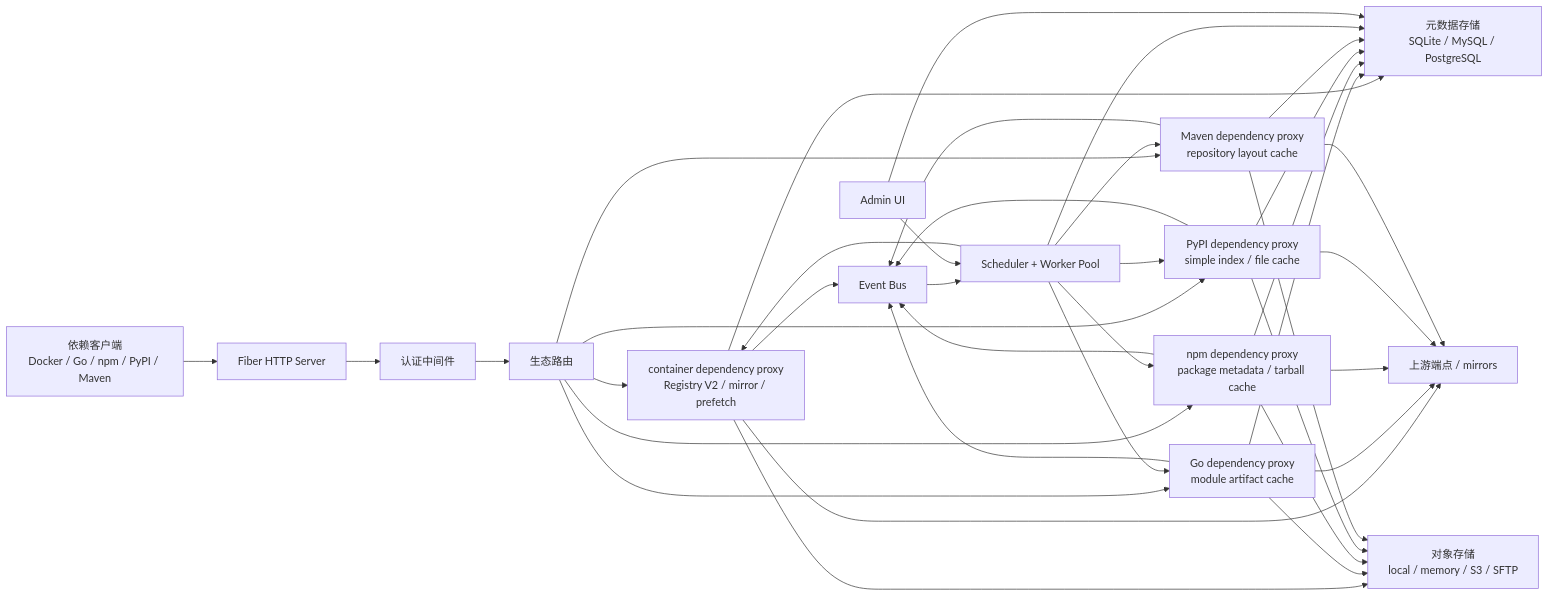
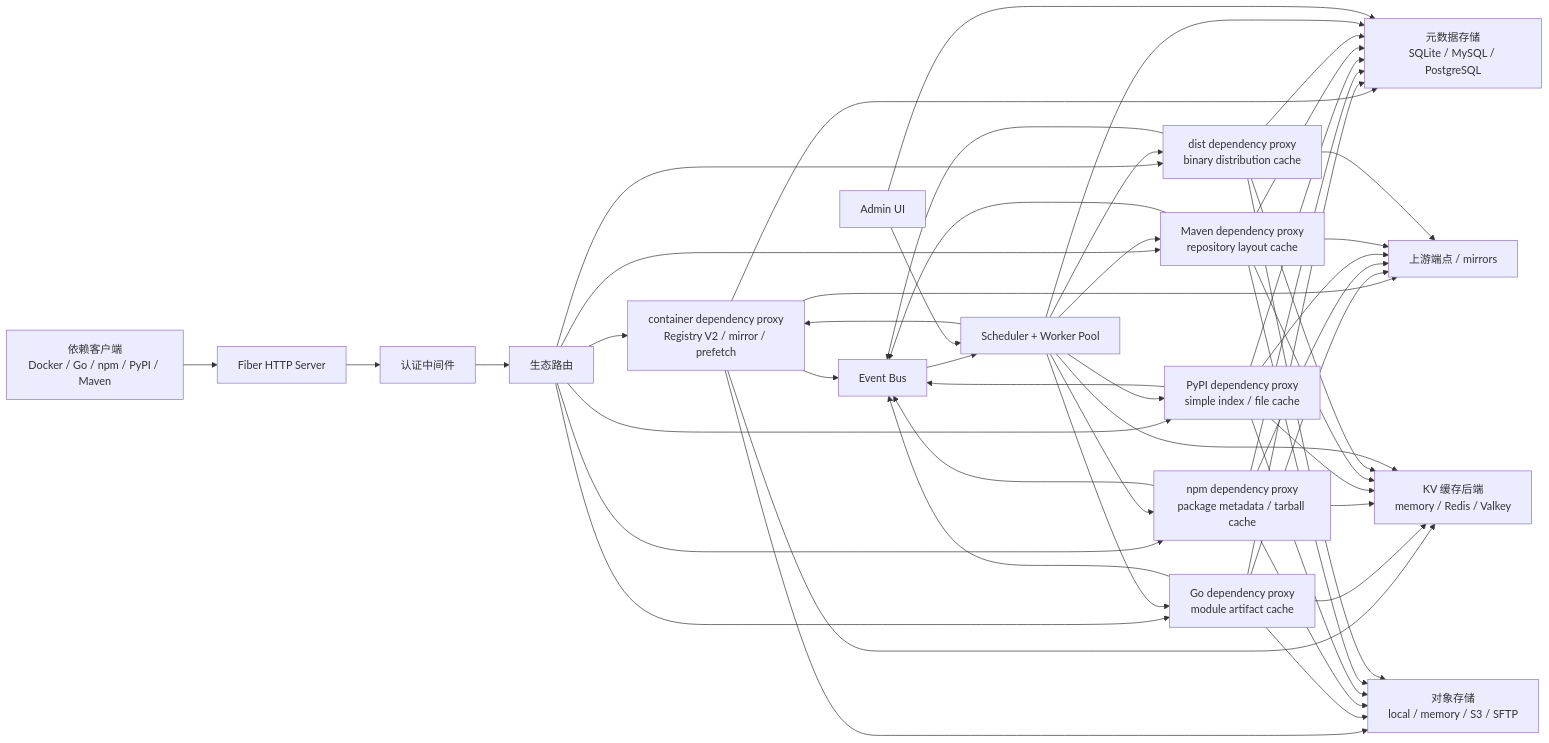
Before and after one commit to lyonbrown4d/regimux: the first of 4 diagrams in docs/zh/design.md, drawn with Mermaid. The commit also changed other lines of this file and 16 other files, not shown here.

````diff
--- a/docs/zh/design.md
+++ b/docs/zh/design.md
@@ -15,44 +15,58 @@
 ```mermaid
 flowchart LR
   client["依赖客户端<br/>Docker / Go / npm / PyPI / Maven"] --> api["Fiber HTTP Server"]
   api --> auth["认证中间件"]
   auth --> routes["生态路由"]
   routes --> container["container dependency proxy<br/>Registry V2 / mirror / prefetch"]
   routes --> golang["Go dependency proxy<br/>module artifact cache"]
   routes --> npm["npm dependency proxy<br/>package metadata / tarball cache"]
   routes --> pypi["PyPI dependency proxy<br/>simple index / file cache"]
   routes --> maven["Maven dependency proxy<br/>repository layout cache"]
+  routes --> dist["dist dependency proxy<br/>binary distribution cache"]
 
   container --> upstreams["上游端点 / mirrors"]
   golang --> upstreams
   npm --> upstreams
   pypi --> upstreams
   maven --> upstreams
+  dist --> upstreams
 
   container --> meta["元数据存储<br/>SQLite / MySQL / PostgreSQL"]
   golang --> meta
   npm --> meta
   pypi --> meta
   maven --> meta
+  dist --> meta
 
   container --> objects["对象存储<br/>local / memory / S3 / SFTP"]
   golang --> objects
   npm --> objects
   pypi --> objects
   maven --> objects
+  dist --> objects
+
+  container --> cachebackend["KV 缓存后端<br/>memory / Redis / Valkey"]
+  golang --> cachebackend
+  npm --> cachebackend
+  pypi --> cachebackend
+  maven --> cachebackend
+  dist --> cachebackend
 
   scheduler["Scheduler + Worker Pool"] --> container
   scheduler --> golang
   scheduler --> npm
   scheduler --> pypi
   scheduler --> maven
+  scheduler --> dist
   events["Event Bus"] --> scheduler
   container --> events
   golang --> events
   npm --> events
   pypi --> events
   maven --> events
+  dist --> events
   scheduler --> meta
+  scheduler --> cachebackend
   admin["Admin UI"] --> scheduler
   admin --> meta
 ```
````
